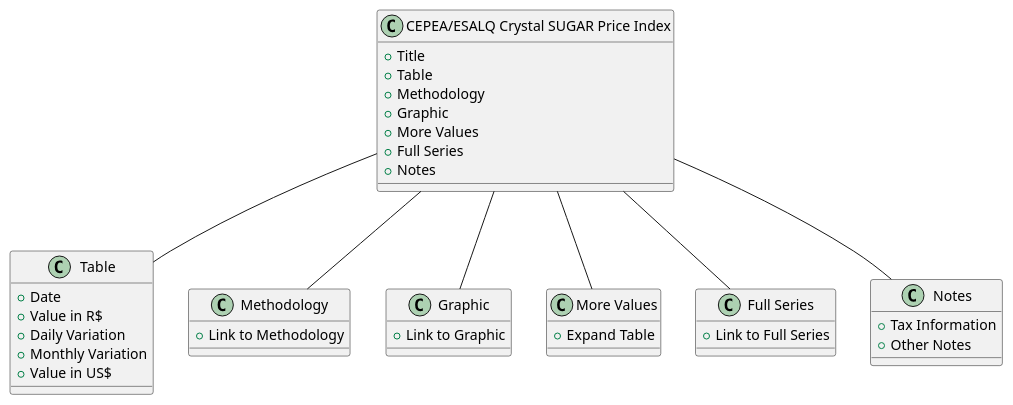
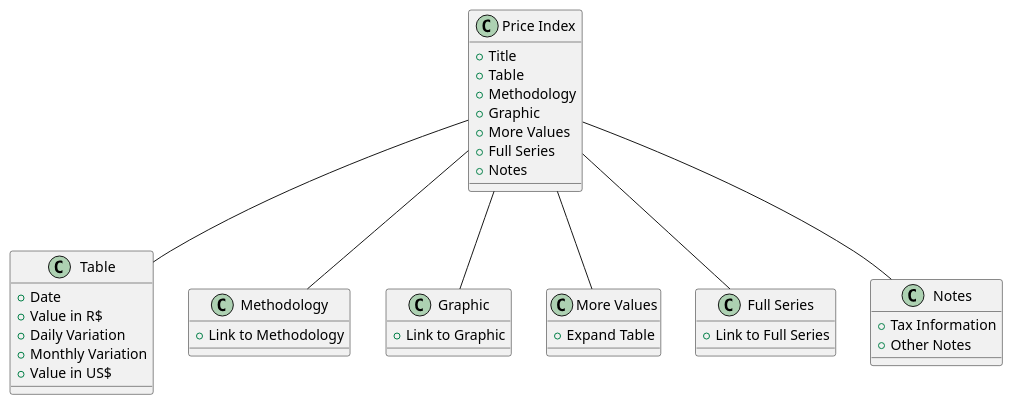
Before and after one commit to Filipi-Soares/Thesis: the diagram in Cepea.plantuml, drawn with PlantUML.

```diff
--- a/Cepea.plantuml
+++ b/Cepea.plantuml
@@ -1,47 +1,47 @@
 @startuml
-class "CEPEA/ESALQ Crystal SUGAR Price Index" {
+class "Price Index" {
     +Title
     +Table
     +Methodology
     +Graphic
     +More Values
     +Full Series
     +Notes
 }
 
 class "Table" {
     +Date
     +Value in R$
     +Daily Variation
     +Monthly Variation
     +Value in US$
 }
 
 class "Methodology" {
     +Link to Methodology
 }
 
 class "Graphic" {
     +Link to Graphic
 }
 
 class "More Values" {
     +Expand Table
 }
 
 class "Full Series" {
     +Link to Full Series
 }
 
 class "Notes" {
     +Tax Information
     +Other Notes
 }
 
-"CEPEA/ESALQ Crystal SUGAR Price Index" -- "Table"
-"CEPEA/ESALQ Crystal SUGAR Price Index" -- "Methodology"
-"CEPEA/ESALQ Crystal SUGAR Price Index" -- "Graphic"
-"CEPEA/ESALQ Crystal SUGAR Price Index" -- "More Values"
-"CEPEA/ESALQ Crystal SUGAR Price Index" -- "Full Series"
-"CEPEA/ESALQ Crystal SUGAR Price Index" -- "Notes"
+"Price Index" -- "Table"
+"Price Index" -- "Methodology"
+"Price Index" -- "Graphic"
+"Price Index" -- "More Values"
+"Price Index" -- "Full Series"
+"Price Index" -- "Notes"
 @enduml
```
